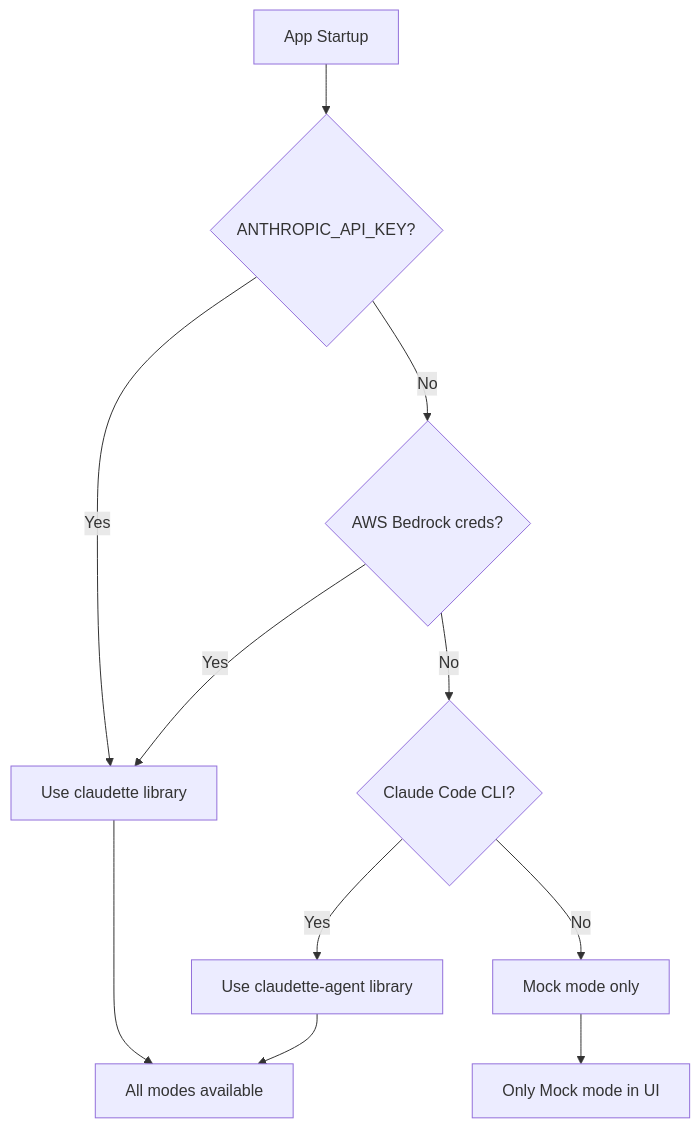
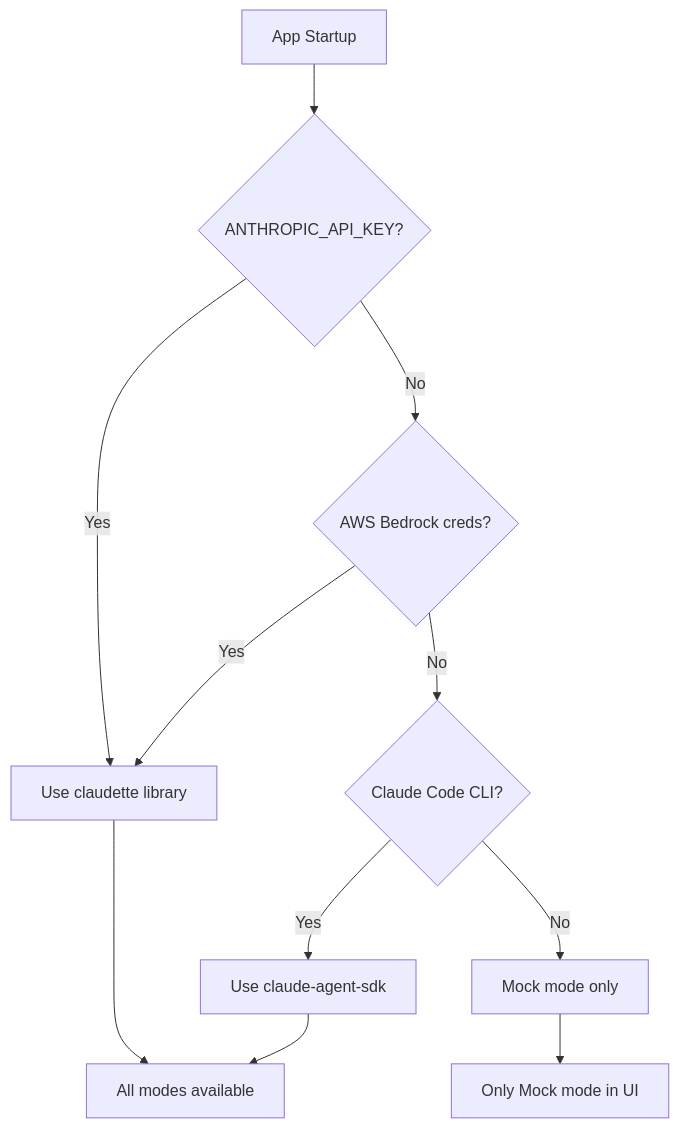
The first of 9 diagrams in docs/how_it_works/06_llm_integration.md (sgaseretto/solveish), drawn with Mermaid before and after one commit. The commit also changed other lines of this file and 33 other files, not shown here.

````diff
--- a/docs/how_it_works/06_llm_integration.md
+++ b/docs/how_it_works/06_llm_integration.md
@@ -22,14 +22,14 @@
 ```mermaid
 flowchart TD
     A[App Startup] --> B{ANTHROPIC_API_KEY?}
     B -->|Yes| C[Use claudette library]
     B -->|No| D{AWS Bedrock creds?}
     D -->|Yes| C
     D -->|No| E{Claude Code CLI?}
-    E -->|Yes| F[Use claudette-agent library]
+    E -->|Yes| F[Use claude-agent-sdk]
     E -->|No| G[Mock mode only]
 
     C --> H[All modes available]
     F --> H
     G --> I[Only Mock mode in UI]
 ```
````
